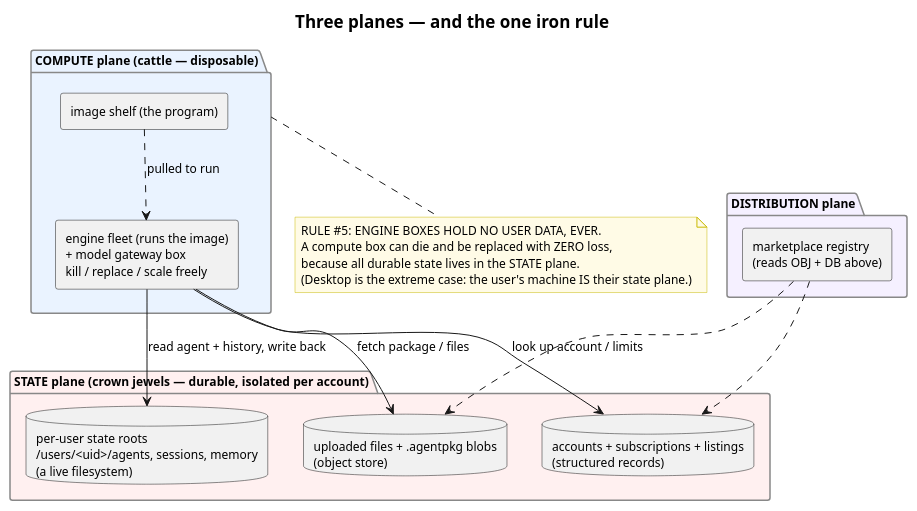
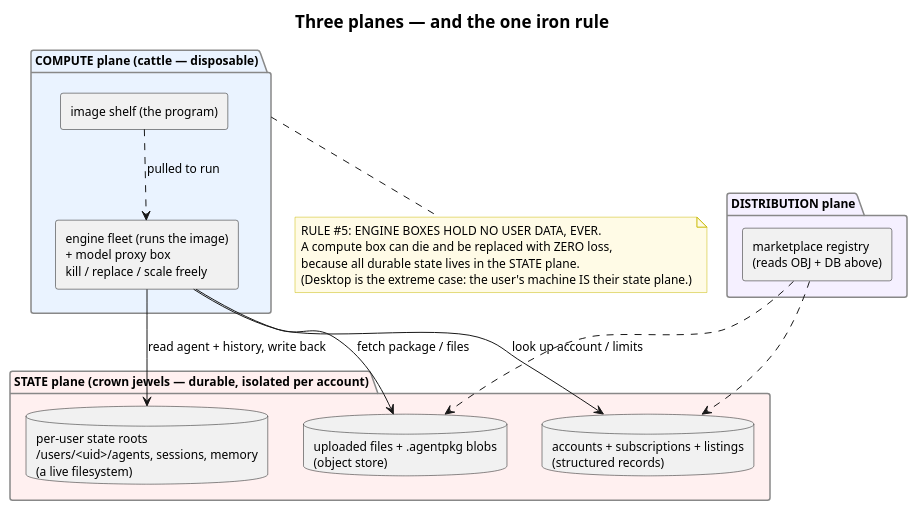
The second of 5 diagrams in v2/planning/platform/diagrams/platform-architecture.puml (SaptarshiMazumder/pc-agent), drawn with PlantUML before and after one commit. The commit also changed other lines of this file and 66 other files, not shown here.

Commit message:
Separated model-proxy microsevrice

```diff
--- a/v2/planning/platform/diagrams/platform-architecture.puml
+++ b/v2/planning/platform/diagrams/platform-architecture.puml
@@ -83,46 +83,46 @@
 @startuml planes
 title Three planes — and the one iron rule
 
 skinparam shadowing false
 skinparam componentStyle rectangle
 skinparam defaultFontName Segoe UI
 skinparam defaultFontSize 12
 skinparam TitleFontSize 17
 skinparam package {
   BackgroundColor #FAFAFA
   BorderColor #888888
 }
 skinparam note {
   BackgroundColor #FFFBE6
   BorderColor #C8B900
 }
 
 package "COMPUTE plane (cattle — disposable)" as COMPUTE #EAF3FF {
-  rectangle "engine fleet (runs the image)\n+ model gateway box\nkill / replace / scale freely" as CMP
+  rectangle "engine fleet (runs the image)\n+ model proxy box\nkill / replace / scale freely" as CMP
   rectangle "image shelf (the program)" as IMG
 }
 
 package "STATE plane (crown jewels — durable, isolated per account)" as STATE #FFF0F0 {
   database "accounts + subscriptions + listings\n(structured records)" as DB
   database "per-user state roots\n/users/<uid>/agents, sessions, memory\n(a live filesystem)" as FS
   database "uploaded files + .agentpkg blobs\n(object store)" as OBJ
 }
 
 package "DISTRIBUTION plane" as DIST #F5F0FF {
   rectangle "marketplace registry\n(reads OBJ + DB above)" as MKT
 }
 
 CMP --> DB : look up account / limits
 CMP --> FS : read agent + history, write back
 CMP --> OBJ : fetch package / files
 IMG ..> CMP : pulled to run
 MKT ..> OBJ
 MKT ..> DB
 
 note bottom of COMPUTE
   RULE #5: ENGINE BOXES HOLD NO USER DATA, EVER.
   A compute box can die and be replaced with ZERO loss,
   because all durable state lives in the STATE plane.
   (Desktop is the extreme case: the user's machine IS their state plane.)
 end note
 @enduml
```
